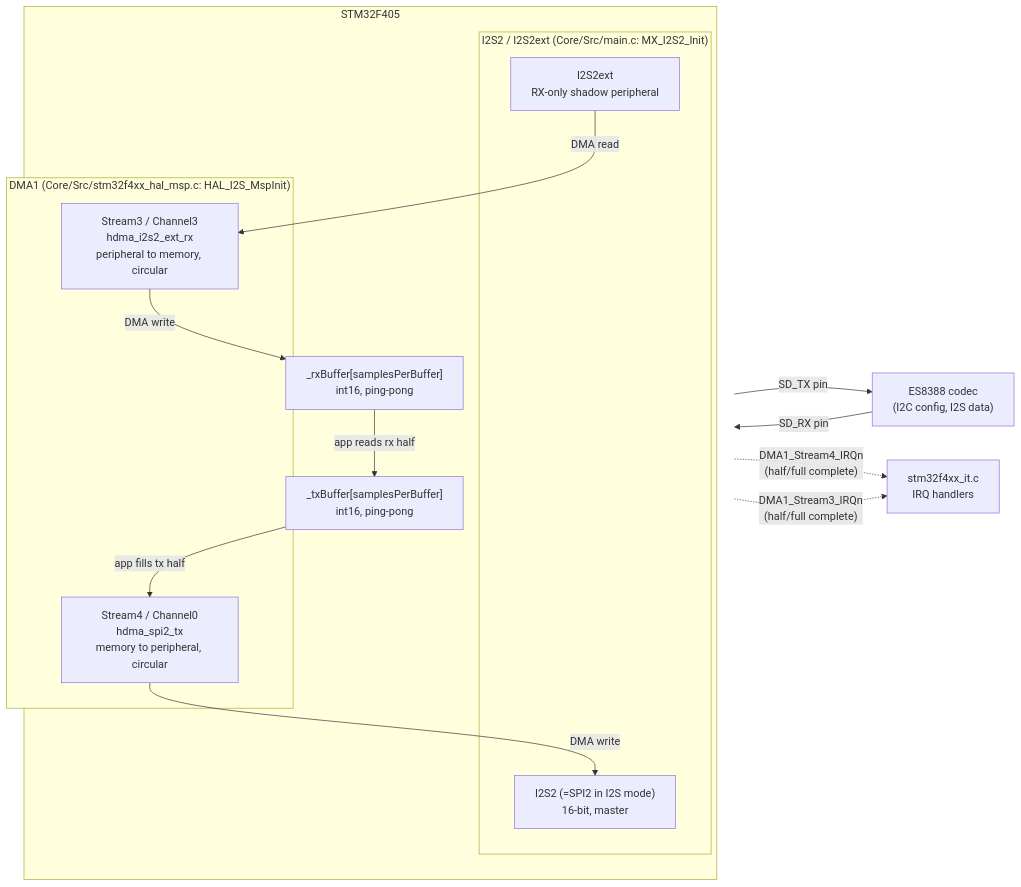
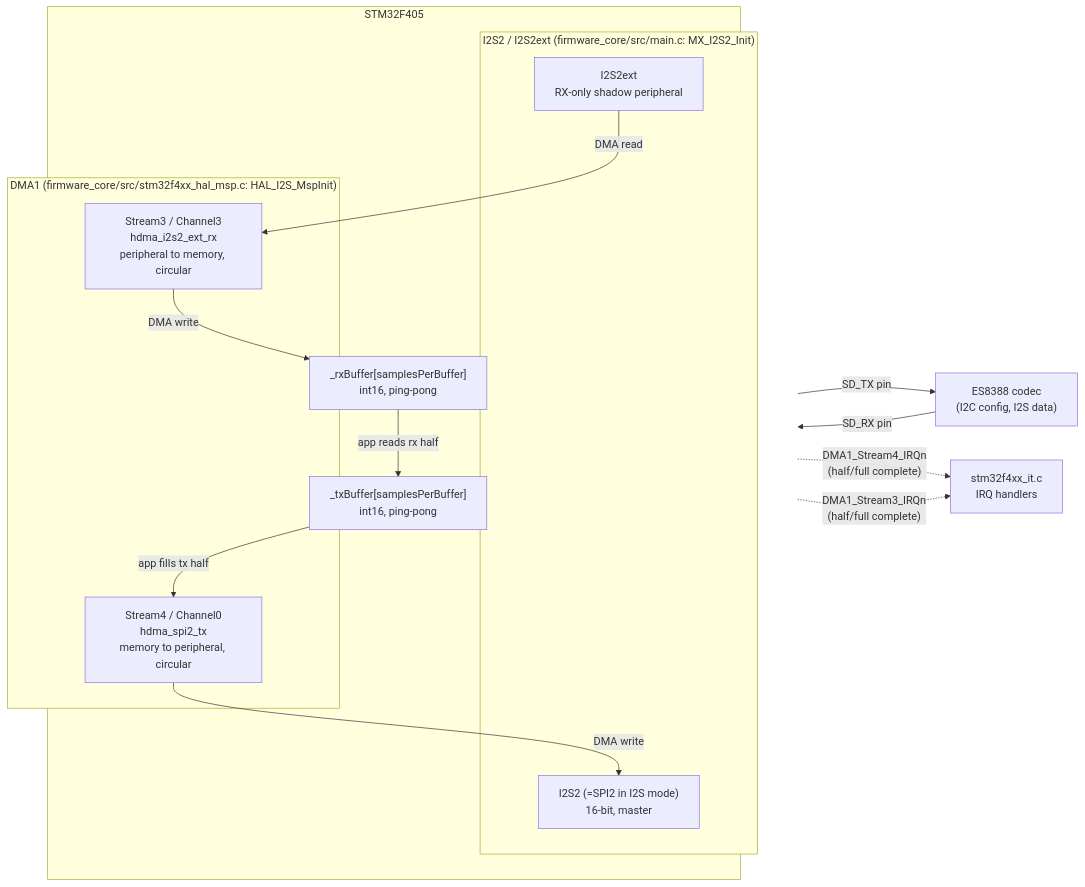
One commit to mirrorganger/GalernaDspSw changed the first of 2 diagrams in docs/audio-dma.md. Above: the diagram before and after it, drawn with Mermaid. The commit also changed other lines of this file and 219 other files, not shown here.

````diff
--- a/docs/audio-dma.md
+++ b/docs/audio-dma.md
@@ -23,32 +23,32 @@
 ```mermaid
 flowchart LR
     subgraph MCU["STM32F405"]
         direction TB
 
-        subgraph I2S["I2S2 / I2S2ext (Core/Src/main.c: MX_I2S2_Init)"]
+        subgraph I2S["I2S2 / I2S2ext (firmware_core/src/main.c: MX_I2S2_Init)"]
             I2S2["I2S2 (=SPI2 in I2S mode)\n16-bit, master"]
             I2S2ext["I2S2ext\nRX-only shadow peripheral"]
         end
 
-        subgraph DMA["DMA1 (Core/Src/stm32f4xx_hal_msp.c: HAL_I2S_MspInit)"]
+        subgraph DMA["DMA1 (firmware_core/src/stm32f4xx_hal_msp.c: HAL_I2S_MspInit)"]
             S4["Stream4 / Channel0\nhdma_spi2_tx\nmemory to peripheral, circular"]
             S3["Stream3 / Channel3\nhdma_i2s2_ext_rx\nperipheral to memory, circular"]
         end
 
         TXBUF["_txBuffer[samplesPerBuffer]\nint16, ping-pong"]
         RXBUF["_rxBuffer[samplesPerBuffer]\nint16, ping-pong"]
     end
 
     ES8388["ES8388 codec\n(I2C config, I2S data)"]
 
     TXBUF -- "app fills tx half" --> S4
     S4 -- "DMA write" --> I2S2
     I2S2 -- "SD_TX pin" --> ES8388
     ES8388 -- "SD_RX pin" --> I2S2ext
     I2S2ext -- "DMA read" --> S3
     S3 -- "DMA write" --> RXBUF
     RXBUF -- "app reads rx half" --> TXBUF
 
     S4 -. "DMA1_Stream4_IRQn\n(half/full complete)" .-> IRQ["stm32f4xx_it.c\nIRQ handlers"]
     S3 -. "DMA1_Stream3_IRQn\n(half/full complete)" .-> IRQ
 ```
````
